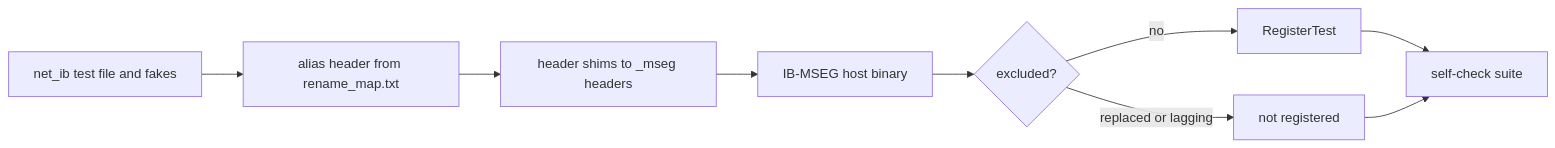
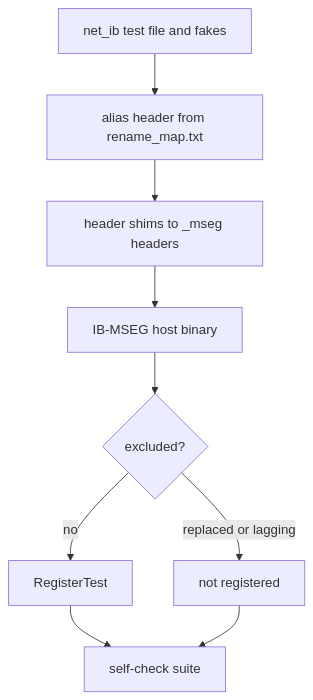
The fourth of 8 diagrams in projects/rccl/docs/design/multi_segment_fork_plugin.md (ROCm/rocm-systems), drawn with Mermaid before and after one commit. The commit also changed other lines of this file and 1 other file, not shown here.

Commit message:
docs: fit three multi-segment diagrams on one page at the minimum print size
Lay the fork plugin's host-test and consolidation diagrams out top to
bottom, and shorten the decision labels in the classic NET/IB
registration flowchart, so the book's readability check passes.

````diff
--- a/projects/rccl/docs/design/multi_segment_fork_plugin.md
+++ b/projects/rccl/docs/design/multi_segment_fork_plugin.md
@@ -161,12 +161,12 @@
 ```mermaid
 %% caption: How one net_ib host test runs against the fork
-flowchart LR
+flowchart TD
  base["net_ib test file and fakes"] --> alias["alias header from rename_map.txt"]
  alias --> shim["header shims to _mseg headers"]
  shim --> bin["IB-MSEG host binary"]
  excl{"excluded?"} -->|no| reg["RegisterTest"]
  excl -->|"replaced or lagging"| skip["not registered"]
  bin --> excl
  reg --> check["self-check suite"]
  skip --> check
 ```
````
